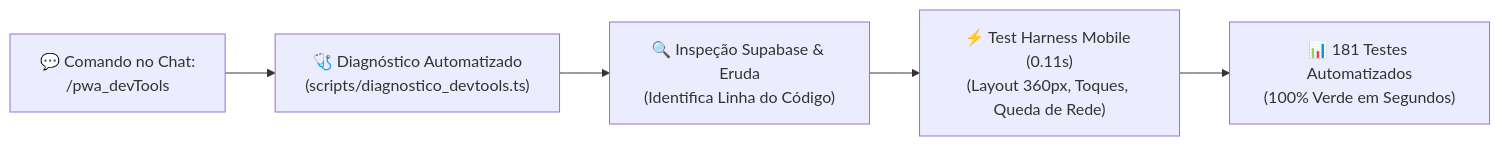
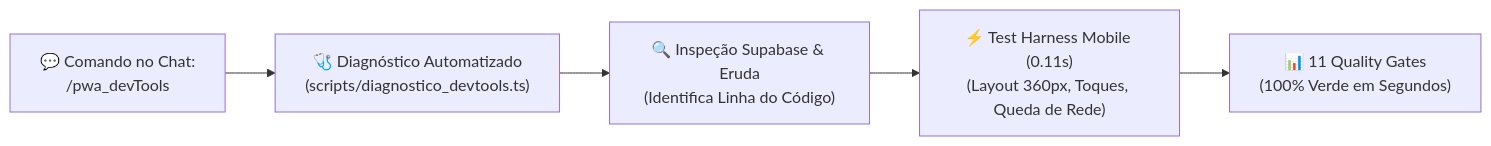
The second of 3 diagrams in docs/desenvolvimento-termux.md (NaejBarbosa/paletscan-etl), drawn with Mermaid before and after one commit. The commit also changed other lines of this file and 19 other files, not shown here.

````diff
--- a/docs/desenvolvimento-termux.md
+++ b/docs/desenvolvimento-termux.md
@@ -82,7 +74,7 @@
 ```mermaid
 flowchart LR
     A["💬 Comando no Chat:\n/pwa_devTools"] --> B["🩺 Diagnóstico Automatizado\n(scripts/diagnostico_devtools.ts)"]
     B --> C["🔍 Inspeção Supabase & Eruda\n(Identifica Linha do Código)"]
     C --> D["⚡ Test Harness Mobile (0.11s)\n(Layout 360px, Toques, Queda de Rede)"]
-    D --> E["📊 181 Testes Automatizados\n(100% Verde em Segundos)"]
+    D --> E["📊 11 Quality Gates\n(100% Verde em Segundos)"]
 ```
````
